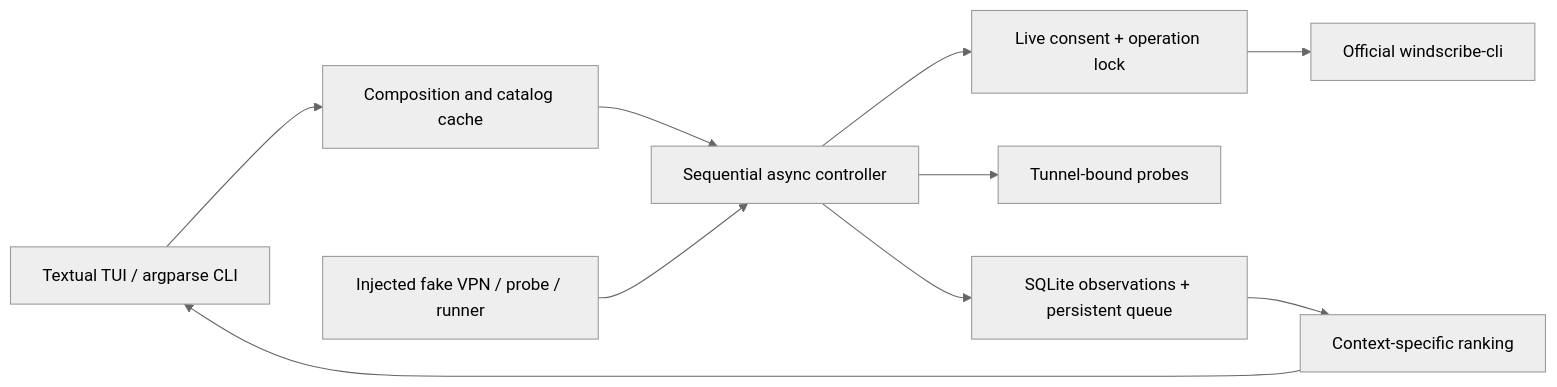
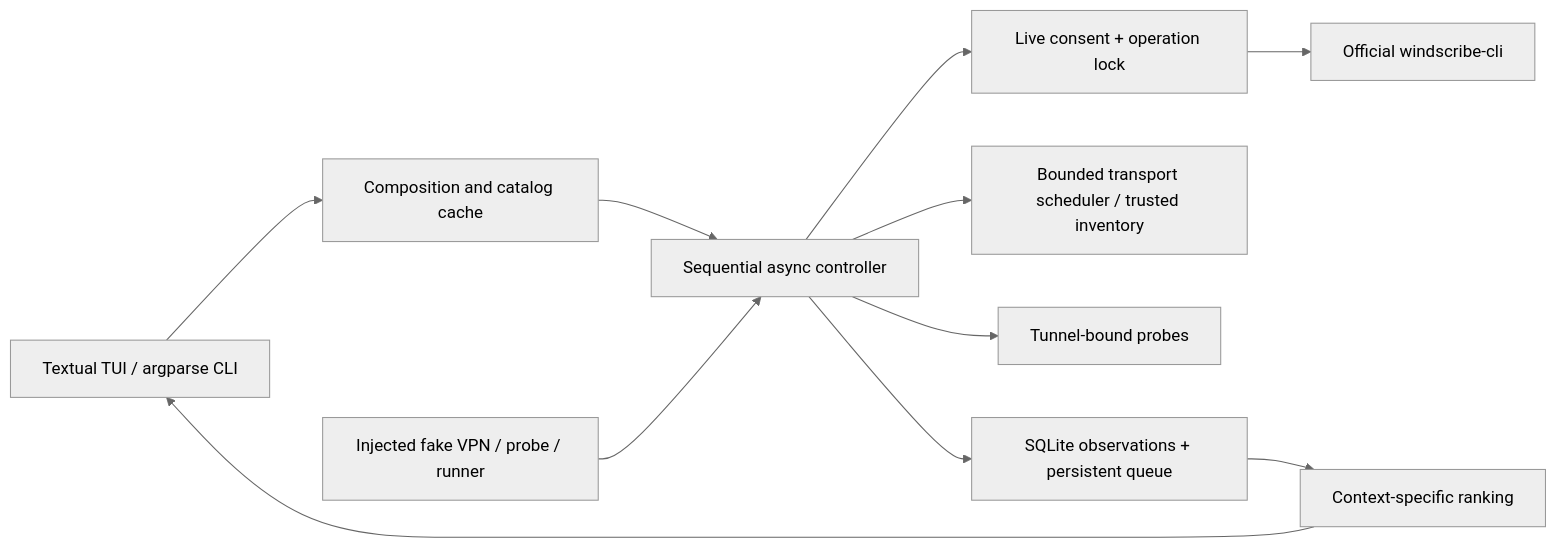
Before and after one commit to NullRoute-Lab/Auto-Windscribe: the diagram in docs/ARCHITECTURE.md, drawn with Mermaid (neutral theme). The commit also changed other lines of this file and 41 other files, not shown here.

````diff
--- a/docs/ARCHITECTURE.md
+++ b/docs/ARCHITECTURE.md
@@ -9,12 +9,13 @@
 ```mermaid
 flowchart LR
     UI[Textual TUI / argparse CLI] --> Service[Composition and catalog cache]
     Service --> Controller[Sequential async controller]
     Controller --> Gate[Live consent + operation lock]
     Gate --> CLI[Official windscribe-cli]
+    Controller --> Preflight[Bounded transport scheduler / trusted inventory]
     Controller --> Probe[Tunnel-bound probes]
     Controller --> Store[SQLite observations + persistent queue]
     Store --> Ranking[Context-specific ranking]
     Ranking --> UI
     Fake[Injected fake VPN / probe / runner] --> Controller
 ```
````
